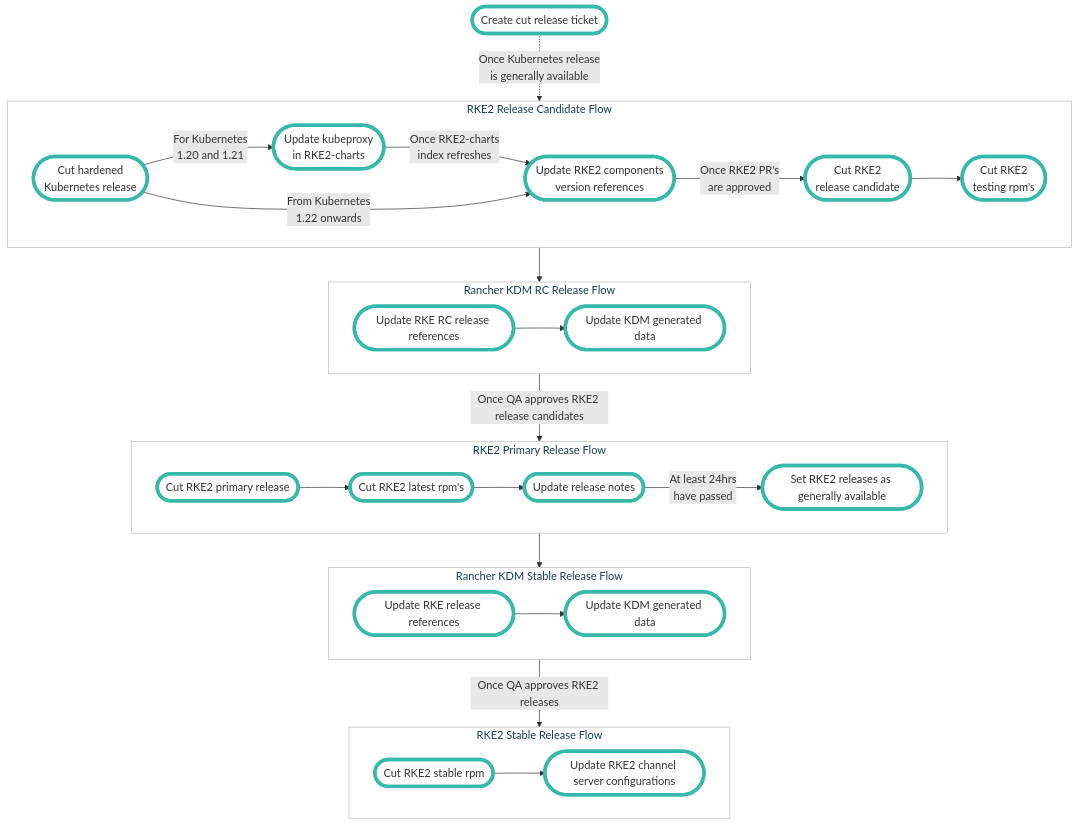
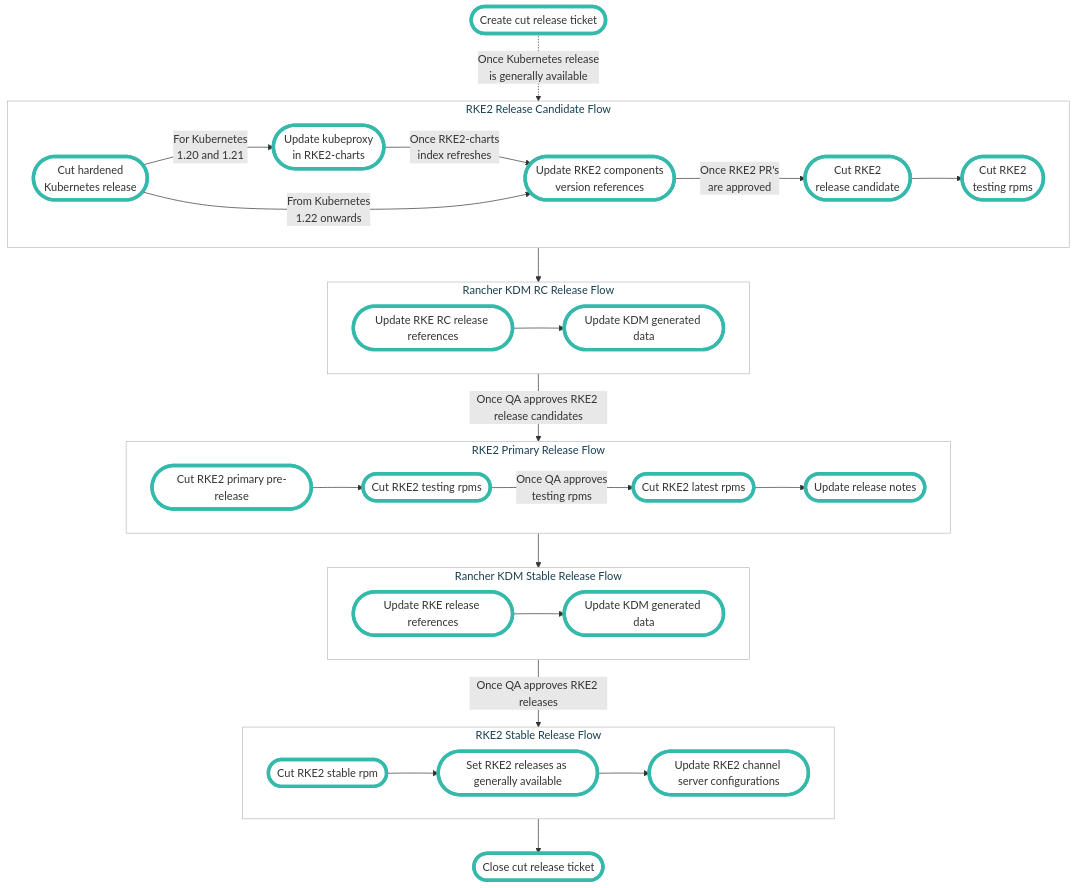
The diagram in developer-docs/upgrading_kubernetes.md (rancher/rke2), drawn with Mermaid before and after one commit. The commit also changed other lines of this file, not shown here.

First line of the commit message:
List downstream release projects

````diff
--- a/developer-docs/upgrading_kubernetes.md
+++ b/developer-docs/upgrading_kubernetes.md
@@ -228,47 +236,49 @@
 ```mermaid
 flowchart TB;
  prerelease([Create cut release ticket])
 
  subgraph rc[RKE2 Release Candidate Flow]
    direction LR;
    cut_k8s([Cut hardened<br/>Kubernetes release])-->|For Kubernetes<br/>1.20 and 1.21|update_kubeproxy([Update kubeproxy<br/>in RKE2-charts]);
    update_kubeproxy-->|Once RKE2-charts<br/>index refreshes|update_rke_refs;
    cut_k8s-->|From Kubernetes<br/>1.22 onwards|update_rke_refs([Update RKE2 components<br/>version references]);
    update_rke_refs-->|Once RKE2 PR's<br/>are approved|cut_rke2_rc([Cut RKE2<br/>release candidate]);
-   cut_rke2_rc-->cut_rke2_rc_rpm([Cut RKE2<br/>testing rpm's]);
+   cut_rke2_rc-->cut_rke2_rc_rpm([Cut RKE2<br/>testing rpms]);
  end
 
  subgraph kdm_rc[Rancher KDM RC Release Flow]
    direction LR;
    kdm_channel_rc([Update RKE RC release references])-->kdm_generated_data_rc([Update KDM generated data]);
  end
 
  subgraph primary_release[RKE2 Primary Release Flow]
    direction LR;
-   cut_rke([Cut RKE2 primary release])-->cut_rke2_latest_rpm([Cut RKE2 latest rpm's]);
+   cut_rke([Cut RKE2 primary pre-release])-->cut_rke2_testing_rpm([Cut RKE2 testing rpms]);
+   cut_rke2_testing_rpm-->|Once QA approves<br/>testing rpms|cut_rke2_latest_rpm([Cut RKE2 latest rpms]);
    cut_rke2_latest_rpm-->update_release_notes([Update release notes]);
-   update_release_notes-->|At least 24hrs<br/>have passed|GA([Set RKE2 releases as generally available]);
  end
 
  subgraph kdm_stable[Rancher KDM Stable Release Flow]
    direction LR;
    kdm_channel_stable([Update RKE release references])-->kdm_generated_data_stable([Update KDM generated data]);
  end
 
  subgraph stable_release[RKE2 Stable Release Flow]
    direction LR;
-   cut_rke_stable_rpm([Cut RKE2 stable rpm])-->rke_stable([Update RKE2 channel server configurations]);
+   cut_rke_stable_rpm([Cut RKE2 stable rpm])-->GA([Set RKE2 releases as generally available])
+   GA-->rke_stable([Update RKE2 channel server configurations]);
  end
 
  prerelease-.->|Once Kubernetes release<br/>is generally available|rc;
  rc-->kdm_rc;
  kdm_rc-->|Once QA approves RKE2 release candidates|primary_release;
  primary_release-->kdm_stable;
  kdm_stable-->|Once QA approves RKE2 releases|stable_release;
+ stable_release-->postrelease([Close cut release ticket])
 
  classDef edgeLabel fill:#e8e8e8,color:#333,background-color:#e8e8e8;
  classDef default fill:#fff,stroke:#35b9ab,stroke-width:5px,color:#333;
  classDef section fill:#fff,stroke:#bbb,stroke-width:1px,color:#173f4f;
 
  class rc,primary_release,kdm_rc,kdm_stable,stable_release section;
 ```
````
